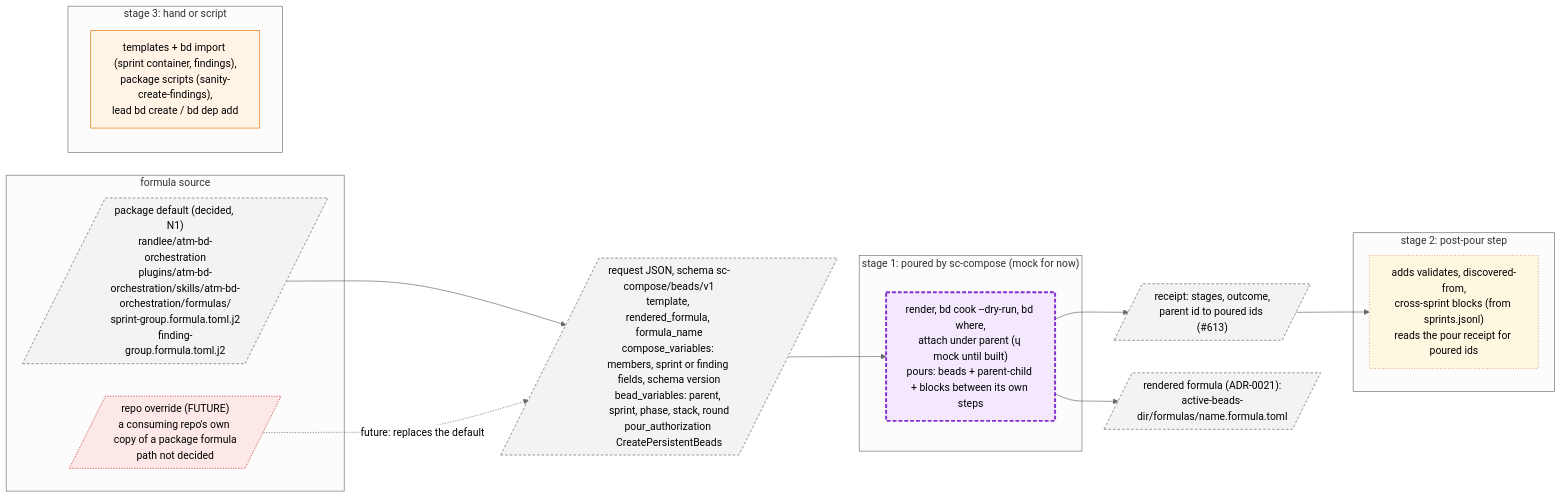
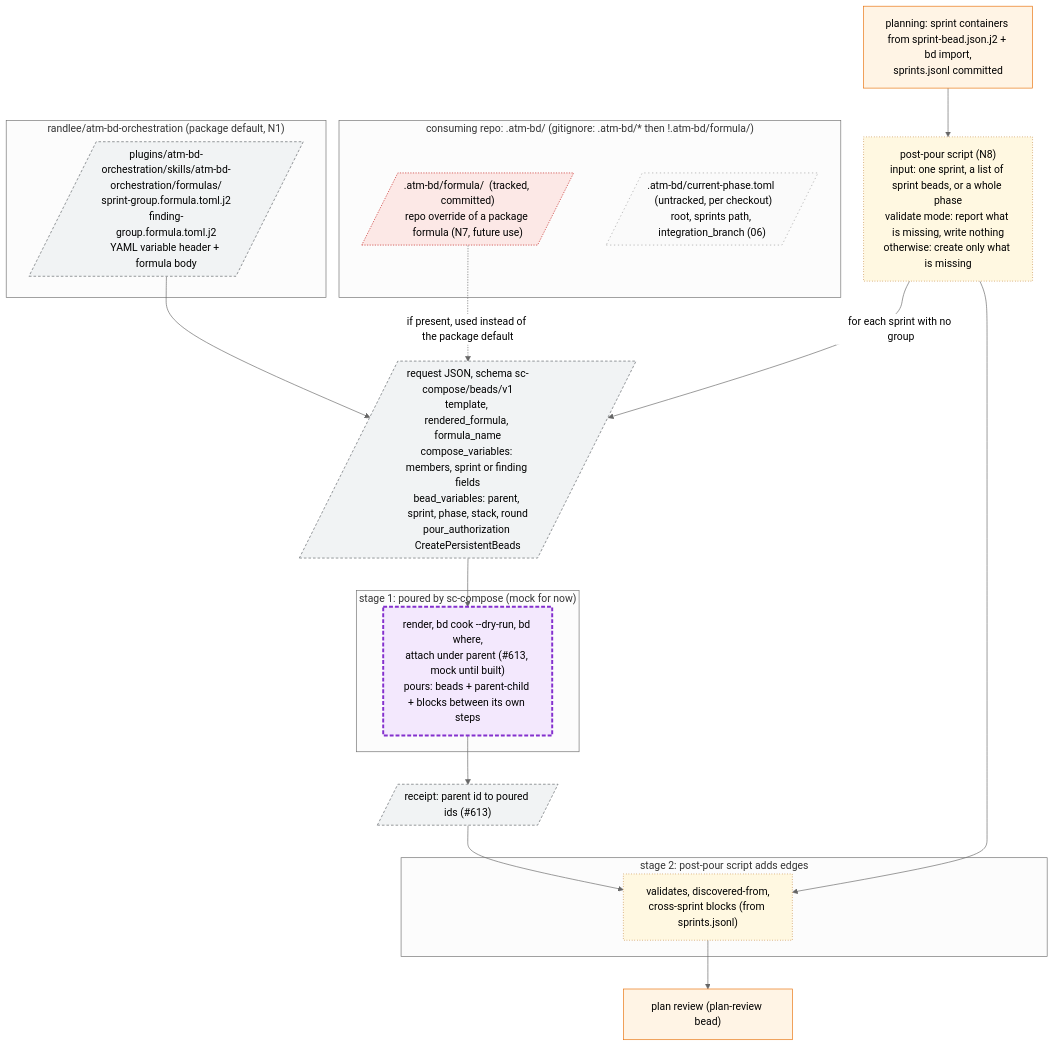
Before and after one commit to randlee/atm-bd-orchestration: the first of 4 diagrams in docs/diagrams/07-sc-compose-formula.md, drawn with Mermaid (neutral theme). The commit also changed other lines of this file and 5 other files, not shown here.

First line of the commit message:
docs: record Rand's Q1, N7-N10 rulings in the bead diagrams

````diff
--- a/docs/diagrams/07-sc-compose-formula.md
+++ b/docs/diagrams/07-sc-compose-formula.md
@@ -27,34 +39,40 @@
 ```mermaid
-flowchart LR
+flowchart TB
   classDef file fill:#f1f3f4,stroke:#5f6368,stroke-dasharray:4 3,color:#000
+  classDef untracked fill:#fafafa,stroke:#9e9e9e,stroke-dasharray:2 4,color:#000
   classDef future fill:#fce8e6,stroke:#c5221f,stroke-dasharray:2 2,color:#000
   classDef poured fill:#f3e8fd,stroke:#8430ce,stroke-width:3px,stroke-dasharray:6 3,color:#000
   classDef post fill:#fff8e1,stroke:#b06000,stroke-dasharray:1 3,color:#000
   classDef hand fill:#fff4e5,stroke:#e8710a,color:#000
 
-  subgraph SRC["formula source"]
-    PKG[/"package default (decided, N1)<br/>randlee/atm-bd-orchestration<br/>plugins/atm-bd-orchestration/skills/atm-bd-orchestration/formulas/<br/>sprint-group.formula.toml.j2<br/>finding-group.formula.toml.j2"/]:::file
-    OVR[/"repo override (FUTURE)<br/>a consuming repo's own copy of a package formula<br/>path not decided"/]:::future
+  subgraph PKGREPO["randlee/atm-bd-orchestration (package default, N1)"]
+    PKG[/"plugins/atm-bd-orchestration/skills/atm-bd-orchestration/formulas/<br/>sprint-group.formula.toml.j2<br/>finding-group.formula.toml.j2<br/>YAML variable header + formula body"/]:::file
+  end
+  subgraph ATMBD["consuming repo: .atm-bd/  (gitignore: .atm-bd/* then !.atm-bd/formula/)"]
+    OVR[/".atm-bd/formula/  (tracked, committed)<br/>repo override of a package formula (N7, future use)"/]:::future
+    TOML[/".atm-bd/current-phase.toml  (untracked, per checkout)<br/>root, sprints path, integration_branch (06)"/]:::untracked
   end
 
-  REQ[/"request JSON, schema sc-compose/beads/v1<br/>template, rendered_formula, formula_name<br/>compose_variables: members, sprint or finding fields, schema version<br/>bead_variables: parent, sprint, phase, stack, round<br/>pour_authorization CreatePersistentBeads"/]:::file
+  PLAN["planning: sprint containers from sprint-bead.json.j2 + bd import,<br/>sprints.jsonl committed"]:::hand
+  PPS["post-pour script (N8)<br/>input: one sprint, a list of sprint beads, or a whole phase<br/>validate mode: report what is missing, write nothing<br/>otherwise: create only what is missing"]:::post
+  REQ[/"request JSON, schema sc-compose/beads/v1<br/>template, rendered_formula, formula_name<br/>compose_variables: members, sprint or finding fields<br/>bead_variables: parent, sprint, phase, stack, round<br/>pour_authorization CreatePersistentBeads"/]:::file
 
   subgraph S1["stage 1: poured by sc-compose (mock for now)"]
-    POUR["render, bd cook --dry-run, bd where,<br/>attach under parent (#613; mock until built)<br/>pours: beads + parent-child + blocks between its own steps"]:::poured
+    POUR["render, bd cook --dry-run, bd where,<br/>attach under parent (#613, mock until built)<br/>pours: beads + parent-child + blocks between its own steps"]:::poured
   end
-  subgraph S2["stage 2: post-pour step"]
-    PP["adds validates, discovered-from,<br/>cross-sprint blocks (from sprints.jsonl)<br/>reads the pour receipt for poured ids"]:::post
+  RCPT[/"receipt: parent id to poured ids (#613)"/]:::file
+  subgraph S2["stage 2: post-pour script adds edges"]
+    PP["validates, discovered-from,<br/>cross-sprint blocks (from sprints.jsonl)"]:::post
   end
-  subgraph S3["stage 3: hand or script"]
-    HS["templates + bd import (sprint container, findings),<br/>package scripts (sanity-create-findings),<br/>lead bd create / bd dep add"]:::hand
-  end
-  RCPT[/"receipt: stages, outcome,<br/>parent id to poured ids (#613)"/]:::file
-  OUT[/"rendered formula (ADR-0021):<br/>active-beads-dir/formulas/name.formula.toml"/]:::file
+  REVIEW["plan review (plan-review bead)"]:::hand
 
+  PLAN --> PPS
   PKG --> REQ
-  OVR -. "future: replaces the default" .-> REQ
+  OVR -. "if present, used instead of the package default" .-> REQ
+  PPS -- "for each sprint with no group" --> REQ
   REQ --> POUR
-  POUR --> OUT
   POUR --> RCPT
   RCPT --> PP
+  PPS --> PP
+  PP --> REVIEW
 ```
````
